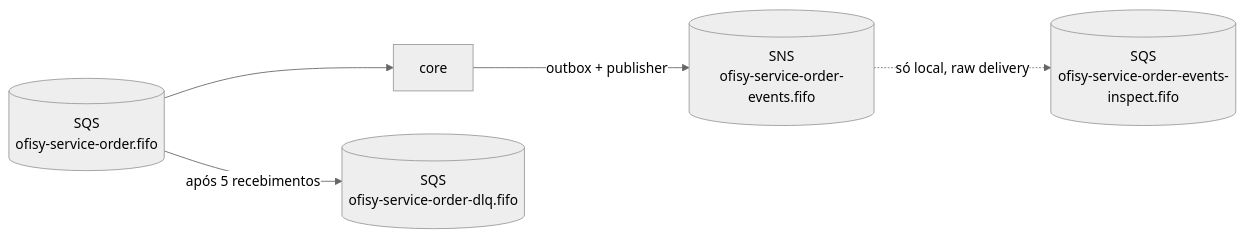
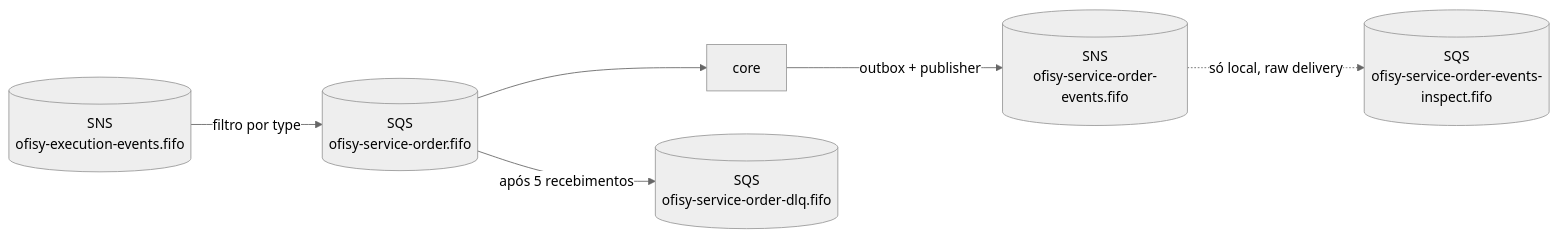
The first of 2 diagrams in docs/MESSAGING.md (15SOAT-FIAP/techchallenge-ofisy), drawn with Mermaid (neutral theme) before and after one commit. The commit also changed other lines of this file and 3 other files, not shown here.

Commit message:
docs: documentar a integração por eventos com o ms-ofisy-execution

````diff
--- a/docs/MESSAGING.md
+++ b/docs/MESSAGING.md
@@ -11,7 +11,8 @@
 ```mermaid
 flowchart LR
     app[core] -->|outbox + publisher| topic[(SNS<br/>ofisy-service-order-events.fifo)]
     topic -.->|só local, raw delivery| inspect[(SQS<br/>ofisy-service-order-events-inspect.fifo)]
+    execution[(SNS<br/>ofisy-execution-events.fifo)] -->|filtro por type| queue
     queue[(SQS<br/>ofisy-service-order.fifo)] --> app
     queue -->|após 5 recebimentos| dlq[(SQS<br/>ofisy-service-order-dlq.fifo)]
 ```
````
